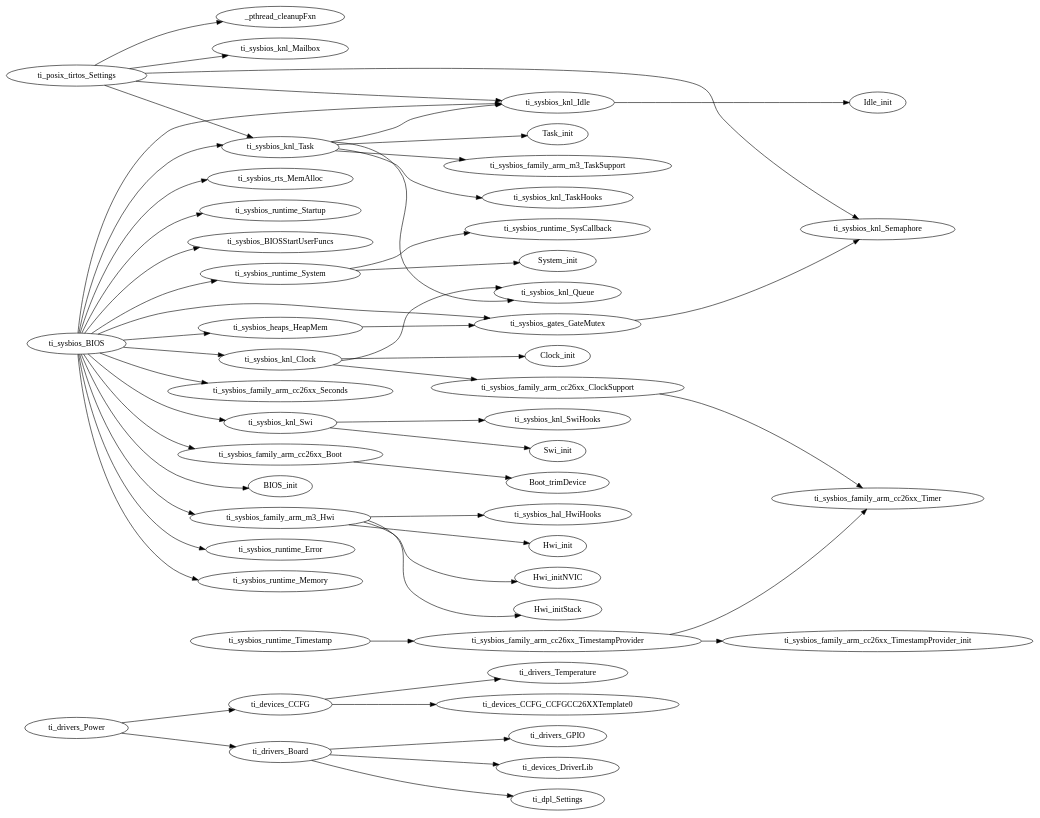
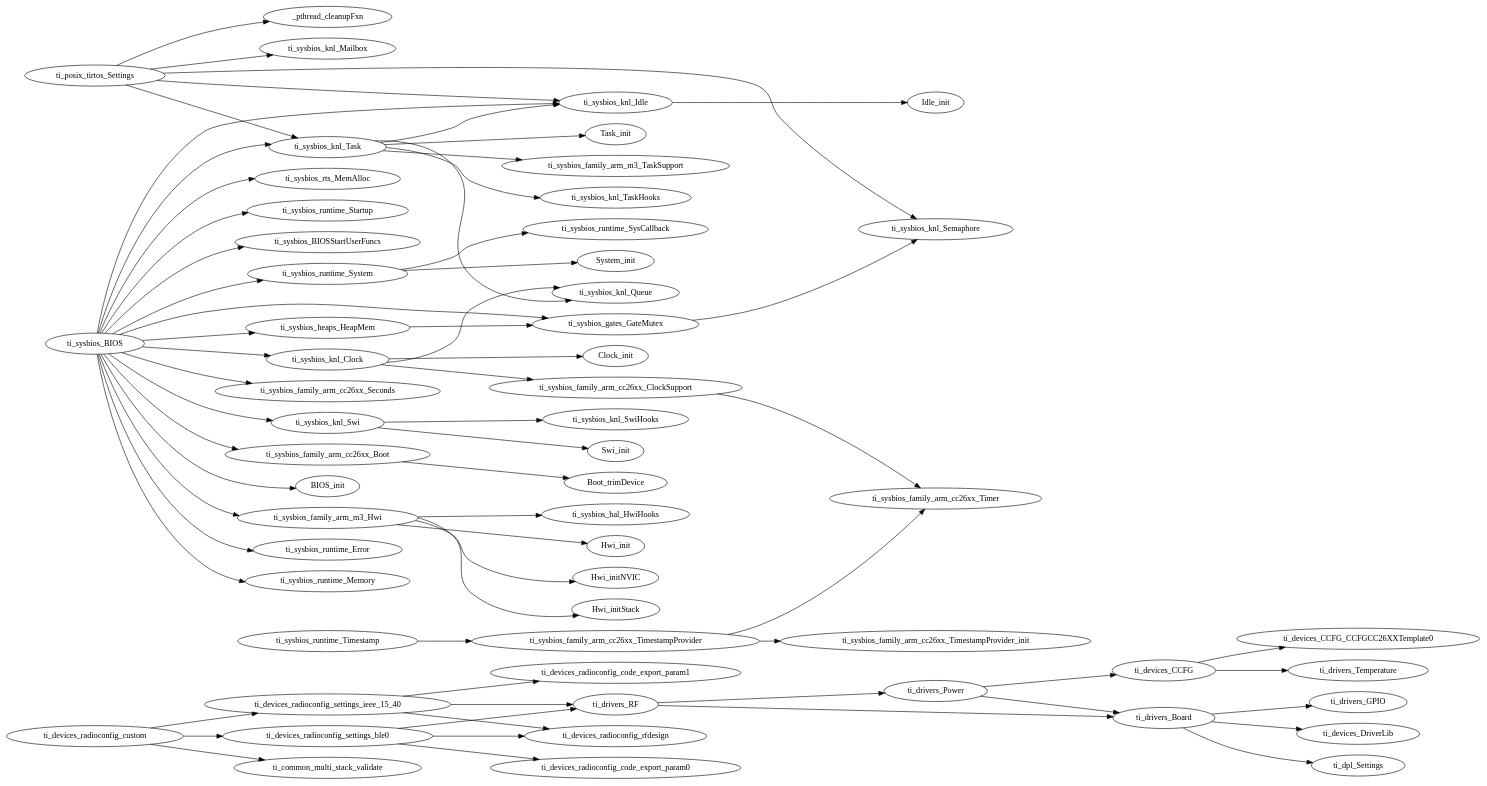
Before and after one commit to voytex/multiSniff_project: the diagram in Debug/syscfg/ti_utils_runtime_model.gv, drawn with Graphviz. The commit also changed 26 other files, not shown here.

```diff
--- a/Debug/syscfg/ti_utils_runtime_model.gv
+++ b/Debug/syscfg/ti_utils_runtime_model.gv
@@ -1,132 +1,157 @@
 digraph Model
 {
     graph[rankdir=LR]
+
+    // mod.$name=/ti/common/multi_stack_validate
 
     // mod.$name=/ti/devices/CCFG
     ti_devices_CCFG -> ti_drivers_Temperature
     ti_devices_CCFG -> ti_devices_CCFG_CCFGCC26XXTemplate0
 
     // mod.$name=/ti/devices/CCFG/CCFGCC26XXTemplate
 
     // mod.$name=/ti/devices/DriverLib
+
+    // mod.$name=/ti/devices/radioconfig/code_export_param
+
+    // mod.$name=/ti/devices/radioconfig/custom
+    ti_devices_radioconfig_custom -> ti_common_multi_stack_validate
+    ti_devices_radioconfig_custom -> ti_devices_radioconfig_settings_ble0
+    ti_devices_radioconfig_custom -> ti_devices_radioconfig_settings_ieee_15_40
+
+    // mod.$name=/ti/devices/radioconfig/rfdesign
+
+    // mod.$name=/ti/devices/radioconfig/settings/ble
+    ti_devices_radioconfig_settings_ble0 -> ti_drivers_RF
+    ti_devices_radioconfig_settings_ble0 -> ti_devices_radioconfig_rfdesign
+    ti_devices_radioconfig_settings_ble0 -> ti_devices_radioconfig_code_export_param0
+
+    // mod.$name=/ti/devices/radioconfig/settings/ieee_15_4
+    ti_devices_radioconfig_settings_ieee_15_40 -> ti_drivers_RF
+    ti_devices_radioconfig_settings_ieee_15_40 -> ti_devices_radioconfig_rfdesign
+    ti_devices_radioconfig_settings_ieee_15_40 -> ti_devices_radioconfig_code_export_param1
 
     // mod.$name=/ti/dpl/Settings
 
     // mod.$name=/ti/drivers/Board
     ti_drivers_Board -> ti_drivers_GPIO
     ti_drivers_Board -> ti_devices_DriverLib
     ti_drivers_Board -> ti_dpl_Settings
 
     // mod.$name=/ti/drivers/GPIO
 
     // mod.$name=/ti/drivers/Power
     ti_drivers_Power -> ti_devices_CCFG
     ti_drivers_Power -> ti_drivers_Board
+
+    // mod.$name=/ti/drivers/RF
+    ti_drivers_RF -> ti_drivers_Power
+    ti_drivers_RF -> ti_drivers_Board
 
     // mod.$name=/ti/drivers/Temperature
 
     // mod.$name=/ti/posix/tirtos/Settings
     ti_posix_tirtos_Settings -> ti_sysbios_knl_Mailbox
     ti_posix_tirtos_Settings -> ti_sysbios_knl_Task
     ti_posix_tirtos_Settings -> ti_sysbios_knl_Semaphore
     ti_posix_tirtos_Settings -> ti_sysbios_knl_Idle
     ti_posix_tirtos_Settings -> _pthread_cleanupFxn
 
     // mod.$name=/ti/sysbios/BIOS
     ti_sysbios_BIOS -> ti_sysbios_knl_Idle
     ti_sysbios_BIOS -> ti_sysbios_runtime_Error
     ti_sysbios_BIOS -> ti_sysbios_runtime_Memory
     ti_sysbios_BIOS -> ti_sysbios_rts_MemAlloc
     ti_sysbios_BIOS -> ti_sysbios_runtime_System
     ti_sysbios_BIOS -> ti_sysbios_runtime_Startup
     ti_sysbios_BIOS -> ti_sysbios_BIOSStartUserFuncs
     ti_sysbios_BIOS -> ti_sysbios_knl_Clock
     ti_sysbios_BIOS -> ti_sysbios_knl_Task
     ti_sysbios_BIOS -> ti_sysbios_knl_Swi
     ti_sysbios_BIOS -> ti_sysbios_heaps_HeapMem
     ti_sysbios_BIOS -> ti_sysbios_gates_GateMutex
     ti_sysbios_BIOS -> ti_sysbios_family_arm_cc26xx_Seconds
     ti_sysbios_BIOS -> ti_sysbios_family_arm_cc26xx_Boot
     ti_sysbios_BIOS -> ti_sysbios_family_arm_m3_Hwi
     ti_sysbios_BIOS -> BIOS_init
 
     // mod.$name=/ti/sysbios/BIOSStartUserFuncs
 
     // mod.$name=/ti/sysbios/family/arm/cc26xx/Boot
     ti_sysbios_family_arm_cc26xx_Boot -> Boot_trimDevice
 
     // mod.$name=/ti/sysbios/family/arm/cc26xx/ClockSupport
     ti_sysbios_family_arm_cc26xx_ClockSupport -> ti_sysbios_family_arm_cc26xx_Timer
 
     // mod.$name=/ti/sysbios/family/arm/cc26xx/Seconds
 
     // mod.$name=/ti/sysbios/family/arm/cc26xx/Timer
 
     // mod.$name=/ti/sysbios/family/arm/cc26xx/TimestampProvider
     ti_sysbios_family_arm_cc26xx_TimestampProvider -> ti_sysbios_family_arm_cc26xx_Timer
     ti_sysbios_family_arm_cc26xx_TimestampProvider -> ti_sysbios_family_arm_cc26xx_TimestampProvider_init
 
     // mod.$name=/ti/sysbios/family/arm/m3/Hwi
     ti_sysbios_family_arm_m3_Hwi -> ti_sysbios_hal_HwiHooks
     ti_sysbios_family_arm_m3_Hwi -> Hwi_init
     ti_sysbios_family_arm_m3_Hwi -> Hwi_initNVIC
     ti_sysbios_family_arm_m3_Hwi -> Hwi_initStack
 
     // mod.$name=/ti/sysbios/family/arm/m3/TaskSupport
 
     // mod.$name=/ti/sysbios/gates/GateMutex
     ti_sysbios_gates_GateMutex -> ti_sysbios_knl_Semaphore
 
     // mod.$name=/ti/sysbios/hal/HwiHooks
 
     // mod.$name=/ti/sysbios/heaps/HeapMem
     ti_sysbios_heaps_HeapMem -> ti_sysbios_gates_GateMutex
 
     // mod.$name=/ti/sysbios/knl/Clock
     ti_sysbios_knl_Clock -> ti_sysbios_family_arm_cc26xx_ClockSupport
     ti_sysbios_knl_Clock -> ti_sysbios_knl_Queue
     ti_sysbios_knl_Clock -> Clock_init
 
     // mod.$name=/ti/sysbios/knl/Event
 
     // mod.$name=/ti/sysbios/knl/Idle
     ti_sysbios_knl_Idle -> Idle_init
 
     // mod.$name=/ti/sysbios/knl/Mailbox
 
     // mod.$name=/ti/sysbios/knl/Queue
 
     // mod.$name=/ti/sysbios/knl/Semaphore
 
     // mod.$name=/ti/sysbios/knl/Swi
     ti_sysbios_knl_Swi -> ti_sysbios_knl_SwiHooks
     ti_sysbios_knl_Swi -> Swi_init
 
     // mod.$name=/ti/sysbios/knl/SwiHooks
 
     // mod.$name=/ti/sysbios/knl/Task
     ti_sysbios_knl_Task -> ti_sysbios_knl_Idle
     ti_sysbios_knl_Task -> ti_sysbios_family_arm_m3_TaskSupport
     ti_sysbios_knl_Task -> ti_sysbios_knl_TaskHooks
     ti_sysbios_knl_Task -> ti_sysbios_knl_Queue
     ti_sysbios_knl_Task -> Task_init
 
     // mod.$name=/ti/sysbios/knl/TaskHooks
 
     // mod.$name=/ti/sysbios/rts/MemAlloc
 
     // mod.$name=/ti/sysbios/runtime/Error
 
     // mod.$name=/ti/sysbios/runtime/Memory
 
     // mod.$name=/ti/sysbios/runtime/Startup
 
     // mod.$name=/ti/sysbios/runtime/SysCallback
 
     // mod.$name=/ti/sysbios/runtime/System
     ti_sysbios_runtime_System -> ti_sysbios_runtime_SysCallback
     ti_sysbios_runtime_System -> System_init
 
     // mod.$name=/ti/sysbios/runtime/Timestamp
     ti_sysbios_runtime_Timestamp -> ti_sysbios_family_arm_cc26xx_TimestampProvider
 }
```
